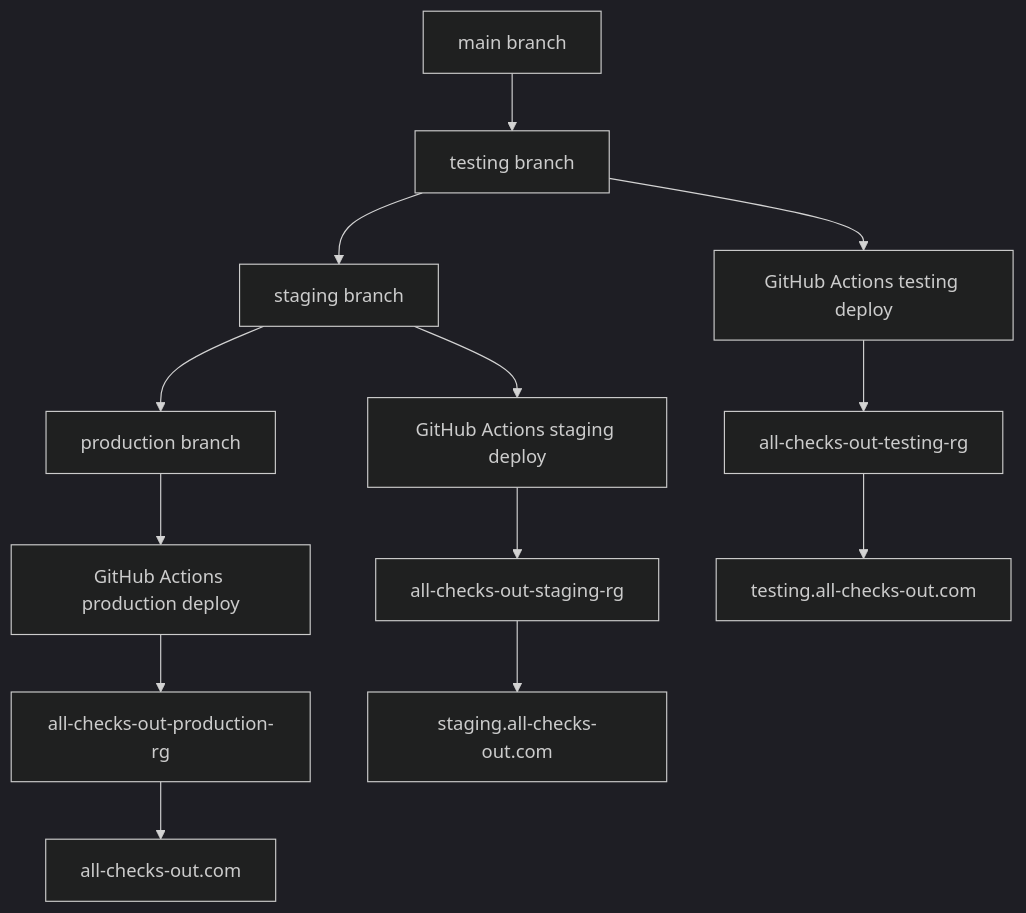
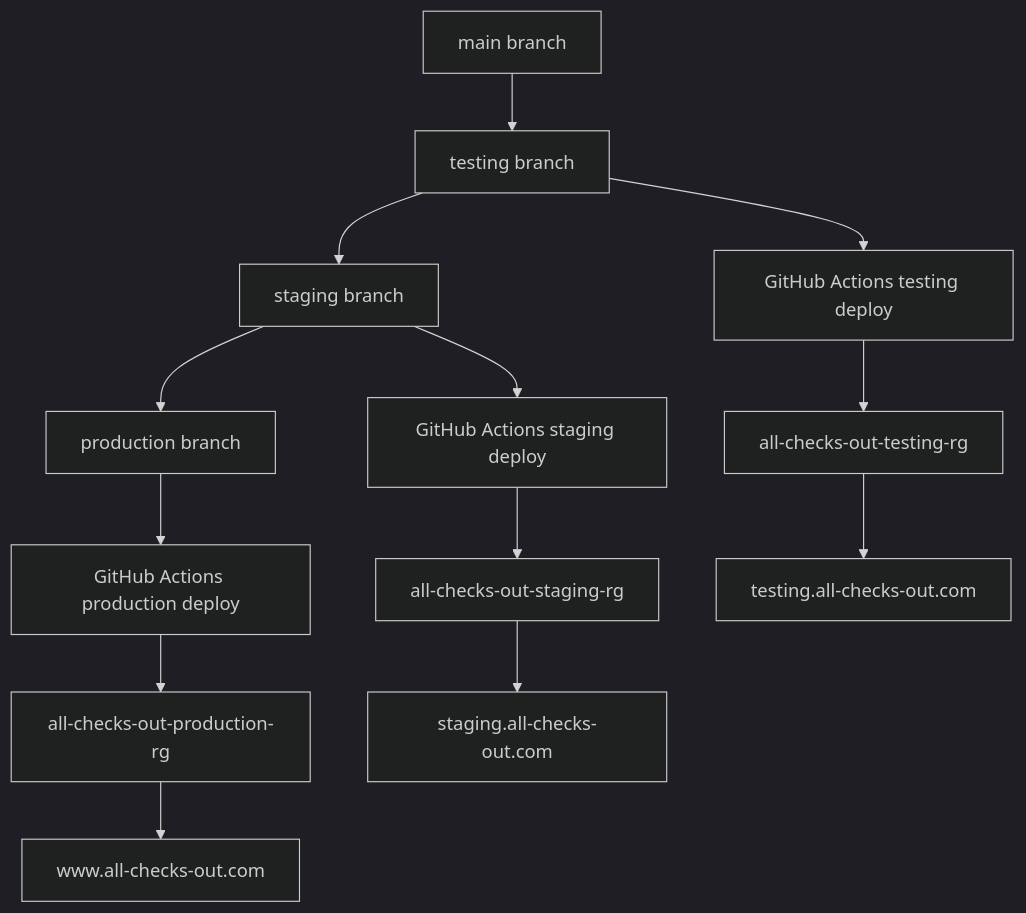
One commit to RichardBrayCourses/azure04-github-actions-phased-delivery changed the diagram in docs/devops-operations.md. Above: the diagram before and after it, drawn with Mermaid (dark theme). The commit also changed other lines of this file and 2 other files, not shown here.

Commit message:
got production working

````diff
--- a/docs/devops-operations.md
+++ b/docs/devops-operations.md
@@ -107,18 +107,18 @@
 ```mermaid
 flowchart TD
   main[main branch] --> testingBranch[testing branch]
   testingBranch --> stagingBranch[staging branch]
   stagingBranch --> productionBranch[production branch]
 
   testingBranch --> testingAction[GitHub Actions testing deploy]
   stagingBranch --> stagingAction[GitHub Actions staging deploy]
   productionBranch --> productionAction[GitHub Actions production deploy]
 
   testingAction --> testingRg[all-checks-out-testing-rg]
   stagingAction --> stagingRg[all-checks-out-staging-rg]
   productionAction --> productionRg[all-checks-out-production-rg]
 
   testingRg --> testingUrl[testing.all-checks-out.com]
   stagingRg --> stagingUrl[staging.all-checks-out.com]
-  productionRg --> productionUrl[all-checks-out.com]
+  productionRg --> productionUrl[www.all-checks-out.com]
 ```
````
